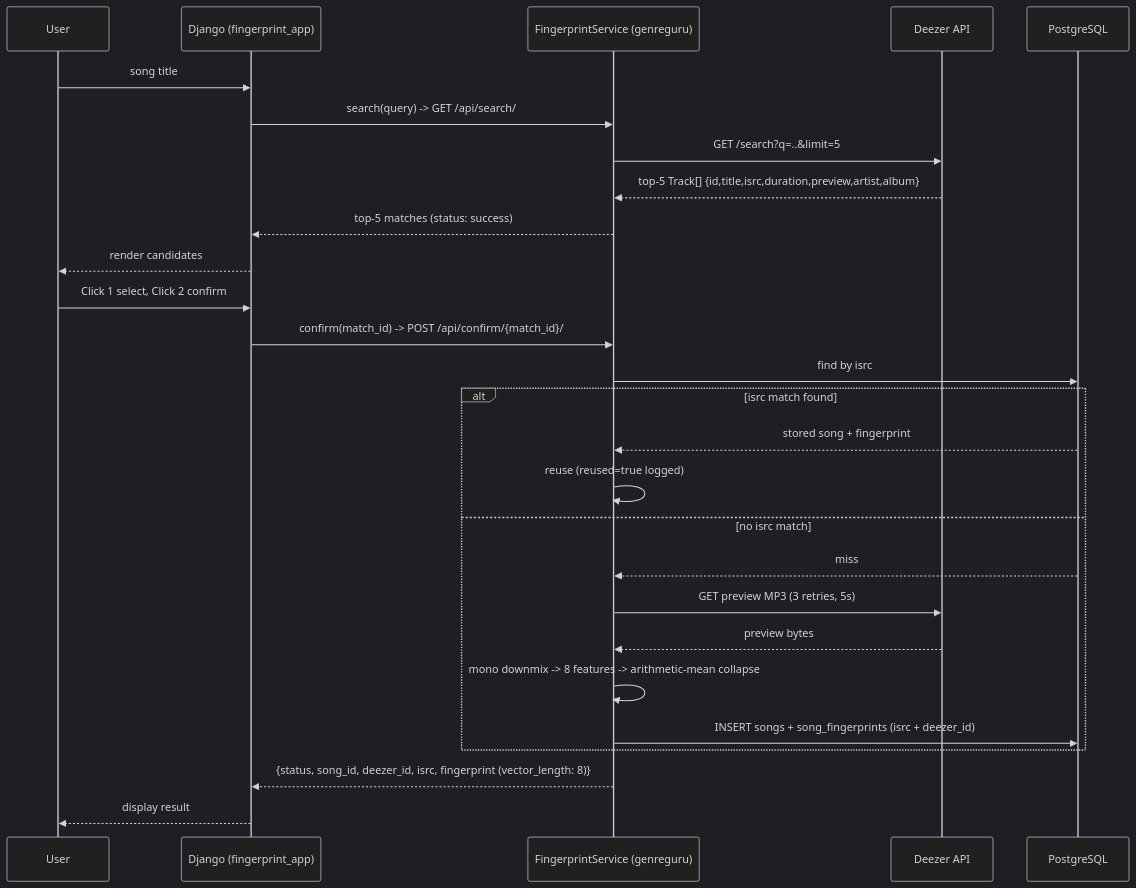
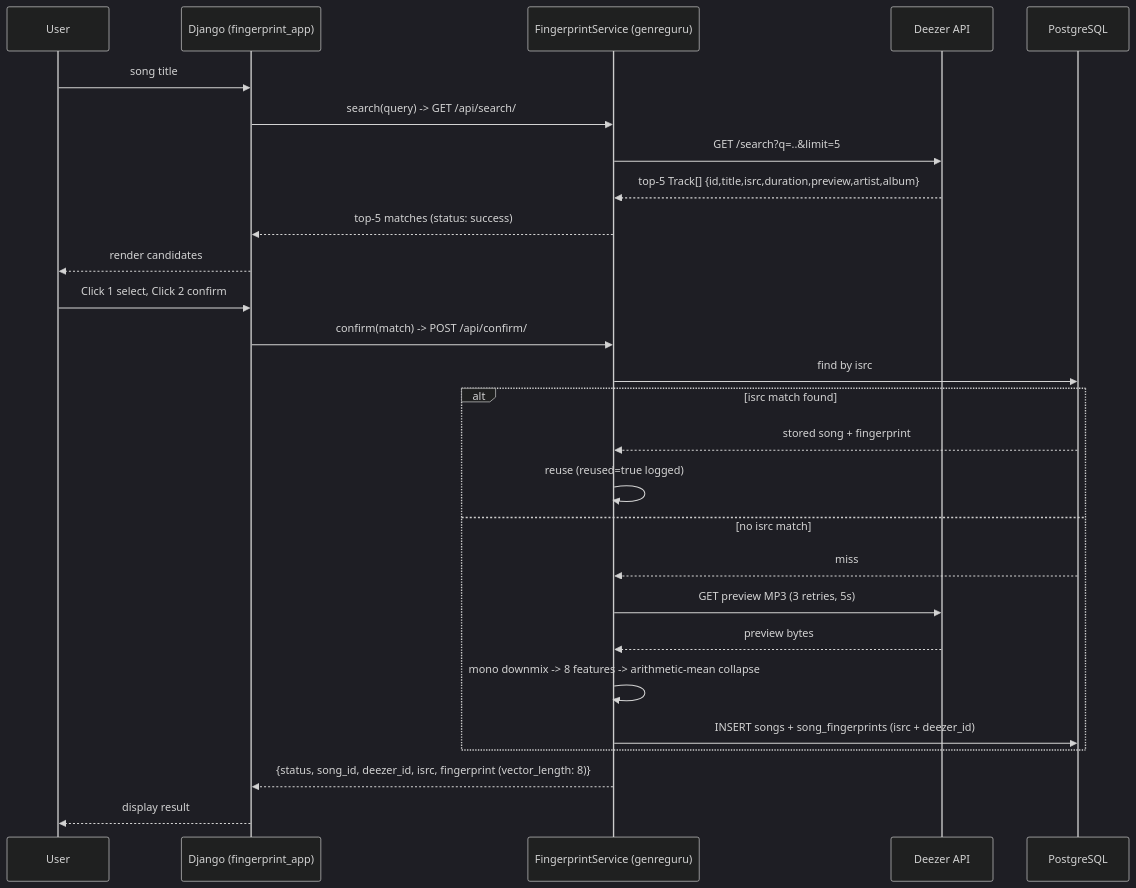
The second of 2 diagrams in docs/001-song-fingerprint-engine/architecture.md (AhmedAl-Hayali/AgenticGenreGuru), drawn with Mermaid (dark theme) before and after one commit. The commit also changed other lines of this file and 3 other files, not shown here.

Commit message:
refactor(api-cfm): refactor `/api/confirm/` endpoint to remove superfluous `match_id`/`match` in path - it's in the request body, alongside 8519e58b

````diff
--- a/docs/001-song-fingerprint-engine/architecture.md
+++ b/docs/001-song-fingerprint-engine/architecture.md
@@ -197,29 +197,29 @@
 ```mermaid
 sequenceDiagram
     participant U as User
     participant UI as Django (fingerprint_app)
     participant SVC as FingerprintService (genreguru)
     participant DZ as Deezer API
     participant DB as PostgreSQL
     U->>UI: song title
     UI->>SVC: search(query) -> GET /api/search/
     SVC->>DZ: GET /search?q=..&limit=5
     DZ-->>SVC: top-5 Track[] {id,title,isrc,duration,preview,artist,album}
     SVC-->>UI: top-5 matches (status: success)
     UI-->>U: render candidates
     U->>UI: Click 1 select, Click 2 confirm
-    UI->>SVC: confirm(match_id) -> POST /api/confirm/{match_id}/
+    UI->>SVC: confirm(match) -> POST /api/confirm/
     SVC->>DB: find by isrc
     alt isrc match found
         DB-->>SVC: stored song + fingerprint
         SVC->>SVC: reuse (reused=true logged)
     else no isrc match
         DB-->>SVC: miss
         SVC->>DZ: GET preview MP3 (3 retries, 5s)
         DZ-->>SVC: preview bytes
         SVC->>SVC: mono downmix -> 8 features -> arithmetic-mean collapse
         SVC->>DB: INSERT songs + song_fingerprints (isrc + deezer_id)
     end
     SVC-->>UI: {status, song_id, deezer_id, isrc, fingerprint (vector_length: 8)}
     UI-->>U: display result
 ```
````
